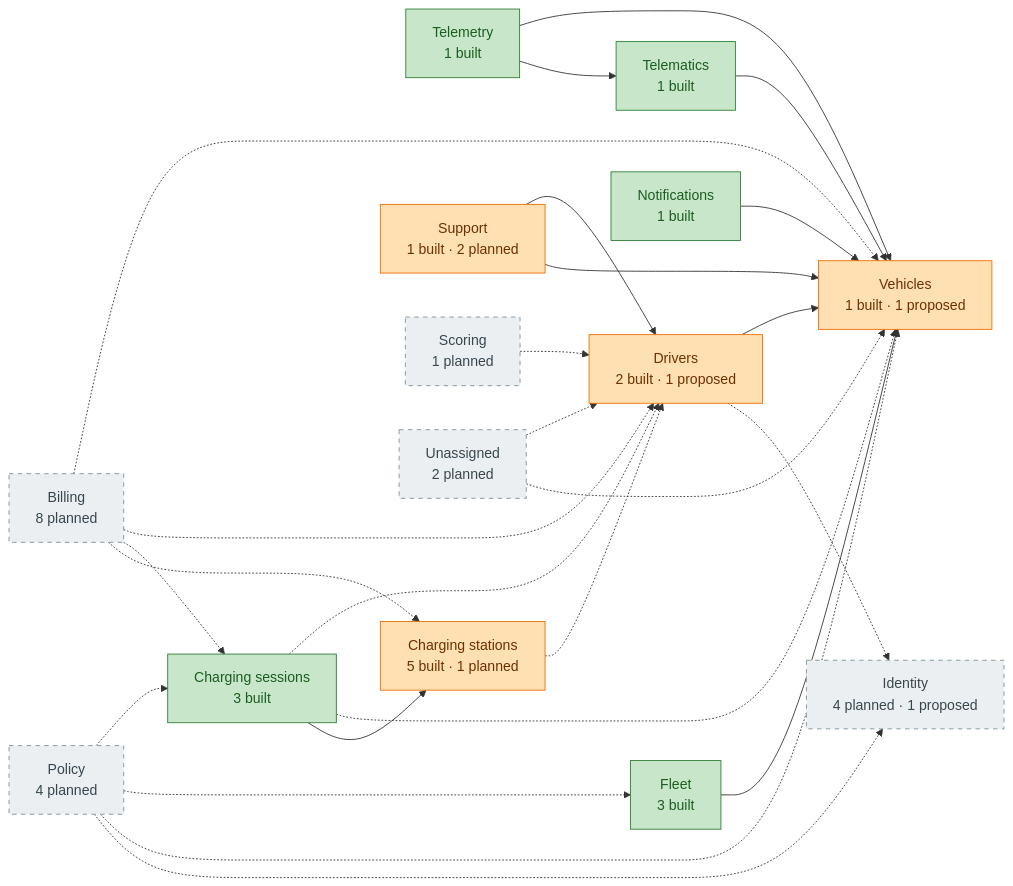
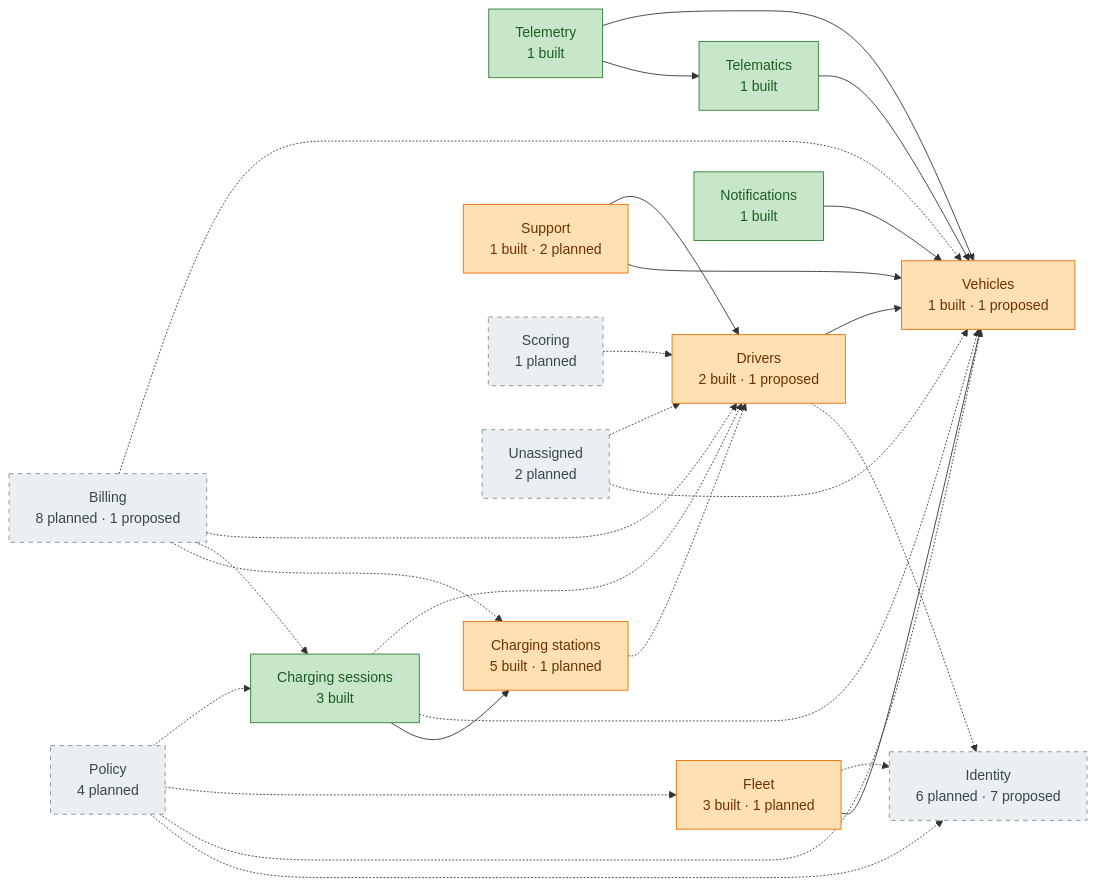
Before and after one commit to yolo-coccoc/G3Network-app: the diagram in docs/01-requirements/domain-model/overview.md, drawn with Mermaid. The commit also changed other lines of this file and 20 other files, not shown here.

````diff
--- a/docs/01-requirements/domain-model/overview.md
+++ b/docs/01-requirements/domain-model/overview.md
@@ -27,44 +28,45 @@
 ```mermaid
 flowchart LR
-  identity["Identity<br/>4 planned · 1 proposed"]:::planned
+  identity["Identity<br/>6 planned · 7 proposed"]:::planned
   vehicles["Vehicles<br/>1 built · 1 proposed"]:::partial
   telematics["Telematics<br/>1 built"]:::built
   telemetry["Telemetry<br/>1 built"]:::built
   drivers["Drivers<br/>2 built · 1 proposed"]:::partial
-  fleet["Fleet<br/>3 built"]:::built
+  fleet["Fleet<br/>3 built · 1 planned"]:::partial
   charging_stations["Charging stations<br/>5 built · 1 planned"]:::partial
   charging_sessions["Charging sessions<br/>3 built"]:::built
   notifications["Notifications<br/>1 built"]:::built
   support["Support<br/>1 built · 2 planned"]:::partial
   policy["Policy<br/>4 planned"]:::planned
-  billing["Billing<br/>8 planned"]:::planned
+  billing["Billing<br/>8 planned · 1 proposed"]:::planned
   scoring["Scoring<br/>1 planned"]:::planned
   unassigned["Unassigned<br/>2 planned"]:::planned
   telematics --> vehicles
   telemetry --> telematics
   telemetry --> vehicles
   drivers -.-> identity
   drivers --> vehicles
   fleet --> vehicles
+  fleet -.-> identity
   charging_stations -.-> drivers
   charging_sessions --> charging_stations
   charging_sessions -.-> vehicles
   charging_sessions -.-> drivers
   notifications --> vehicles
   support --> vehicles
   support --> drivers
   policy -.-> identity
   policy -.-> vehicles
   policy -.-> fleet
   policy -.-> charging_sessions
   billing -.-> charging_stations
   billing -.-> charging_sessions
   billing -.-> drivers
   billing -.-> vehicles
   scoring -.-> drivers
   unassigned -.-> vehicles
   unassigned -.-> drivers
   classDef built fill:#C8E6C9,stroke:#2E7D32,color:#1B5E20
   classDef partial fill:#FFE0B2,stroke:#EF6C00,color:#6D3100
   classDef planned fill:#ECEFF1,stroke:#78909C,color:#37474F,stroke-dasharray:5 5
 ```
````
